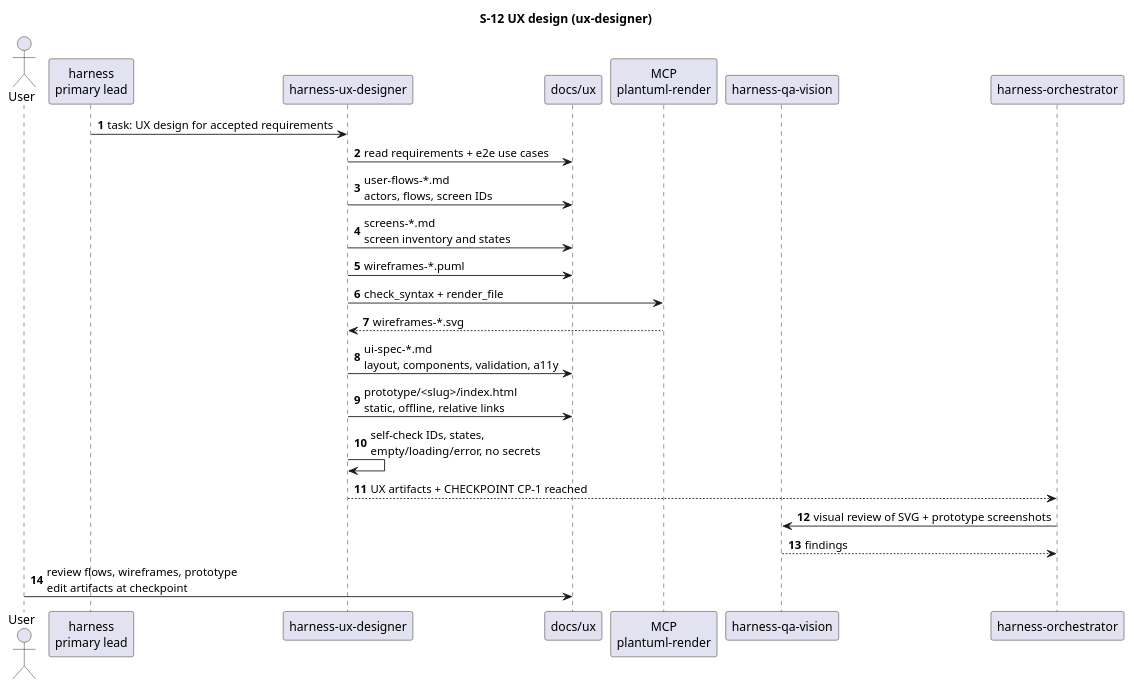
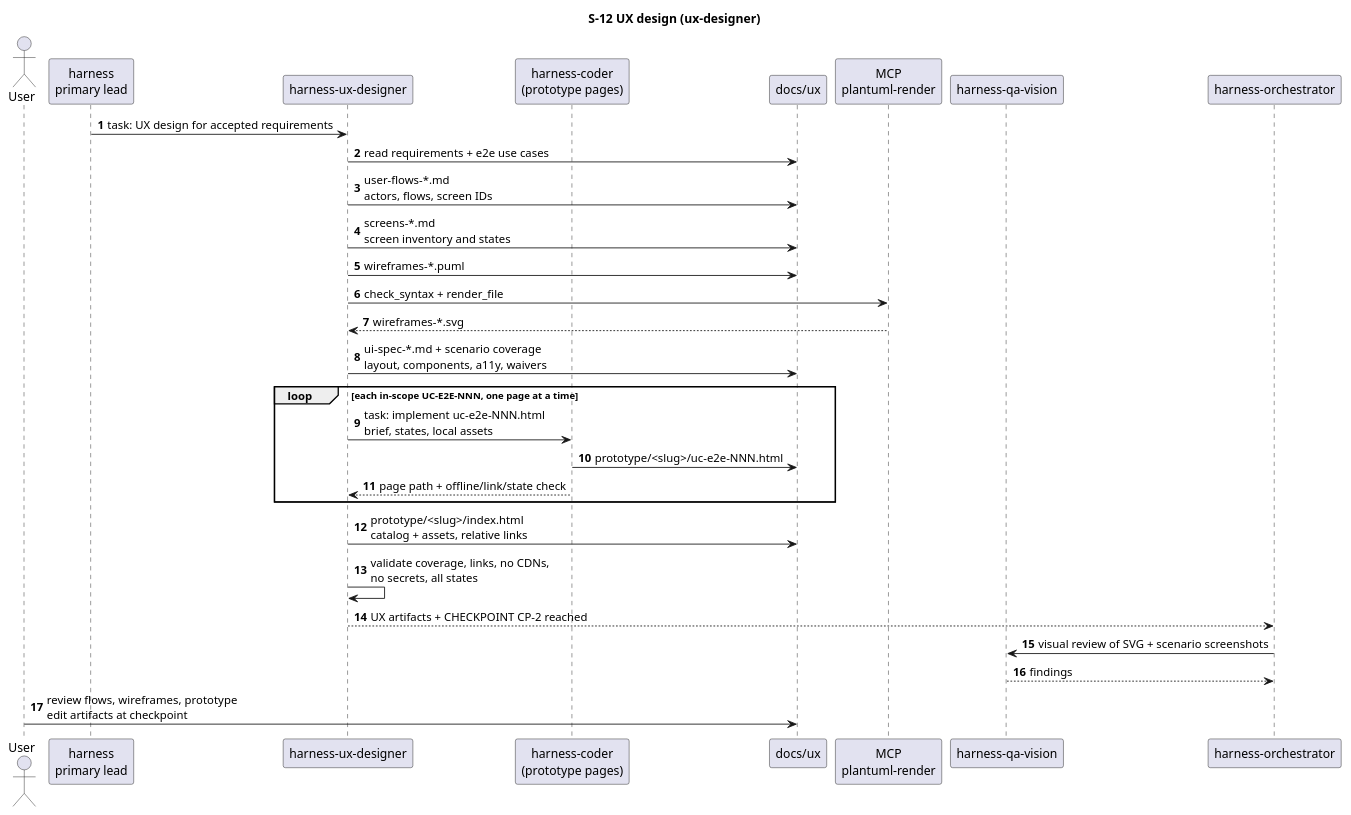
The diagram in docs/description/diagrams/seq-12-ux-designer.puml (serge-sasov/harness), drawn with PlantUML before and after one commit. The commit also changed 39 other files, not shown here.

Commit message:
feat: harness 2.4.0 per-scenario UX HTML pages and derived activity

```diff
--- a/docs/description/diagrams/seq-12-ux-designer.puml
+++ b/docs/description/diagrams/seq-12-ux-designer.puml
@@ -1,28 +1,34 @@
 @startuml
 autonumber
 skinparam defaultFontName Segoe UI
 title S-12 UX design (ux-designer)
 
 actor "User" as user
 participant "harness\nprimary lead" as primary
 participant "harness-ux-designer" as ux
+participant "harness-coder\n(prototype pages)" as coder
 participant "docs/ux" as docs
 participant "MCP\nplantuml-render" as puml
 participant "harness-qa-vision" as vision
 participant "harness-orchestrator" as orch
 
 primary -> ux : task: UX design for accepted requirements
 ux -> docs : read requirements + e2e use cases
 ux -> docs : user-flows-*.md\nactors, flows, screen IDs
 ux -> docs : screens-*.md\nscreen inventory and states
 ux -> docs : wireframes-*.puml
 ux -> puml : check_syntax + render_file
 puml --> ux : wireframes-*.svg
-ux -> docs : ui-spec-*.md\nlayout, components, validation, a11y
-ux -> docs : prototype/<slug>/index.html\nstatic, offline, relative links
-ux -> ux : self-check IDs, states,\nempty/loading/error, no secrets
-ux --> orch : UX artifacts + CHECKPOINT CP-1 reached
-orch -> vision : visual review of SVG + prototype screenshots
+ux -> docs : ui-spec-*.md + scenario coverage\nlayout, components, a11y, waivers
+loop each in-scope UC-E2E-NNN, one page at a time
+  ux -> coder : task: implement uc-e2e-NNN.html\nbrief, states, local assets
+  coder -> docs : prototype/<slug>/uc-e2e-NNN.html
+  coder --> ux : page path + offline/link/state check
+end
+ux -> docs : prototype/<slug>/index.html\ncatalog + assets, relative links
+ux -> ux : validate coverage, links, no CDNs,\nno secrets, all states
+ux --> orch : UX artifacts + CHECKPOINT CP-2 reached
+orch -> vision : visual review of SVG + scenario screenshots
 vision --> orch : findings
 user -> docs : review flows, wireframes, prototype\nedit artifacts at checkpoint
 @enduml
```
